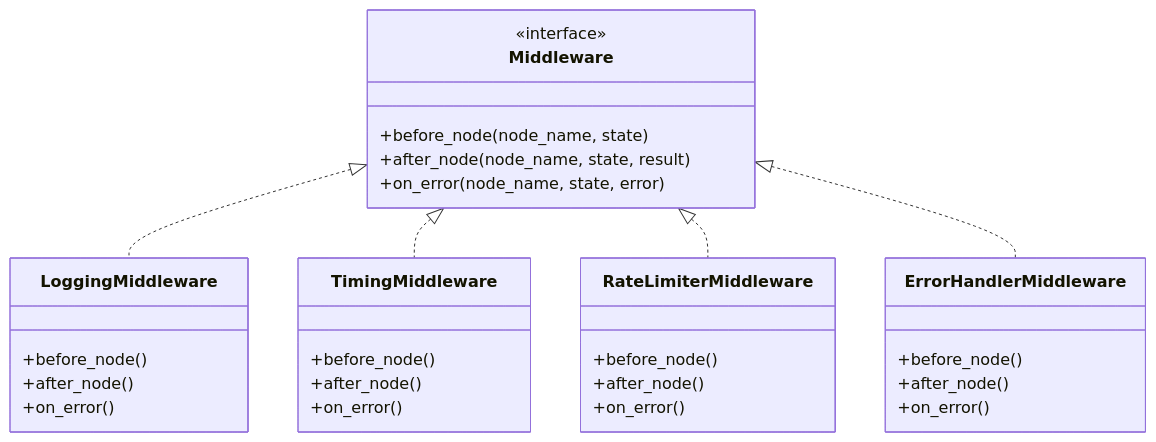
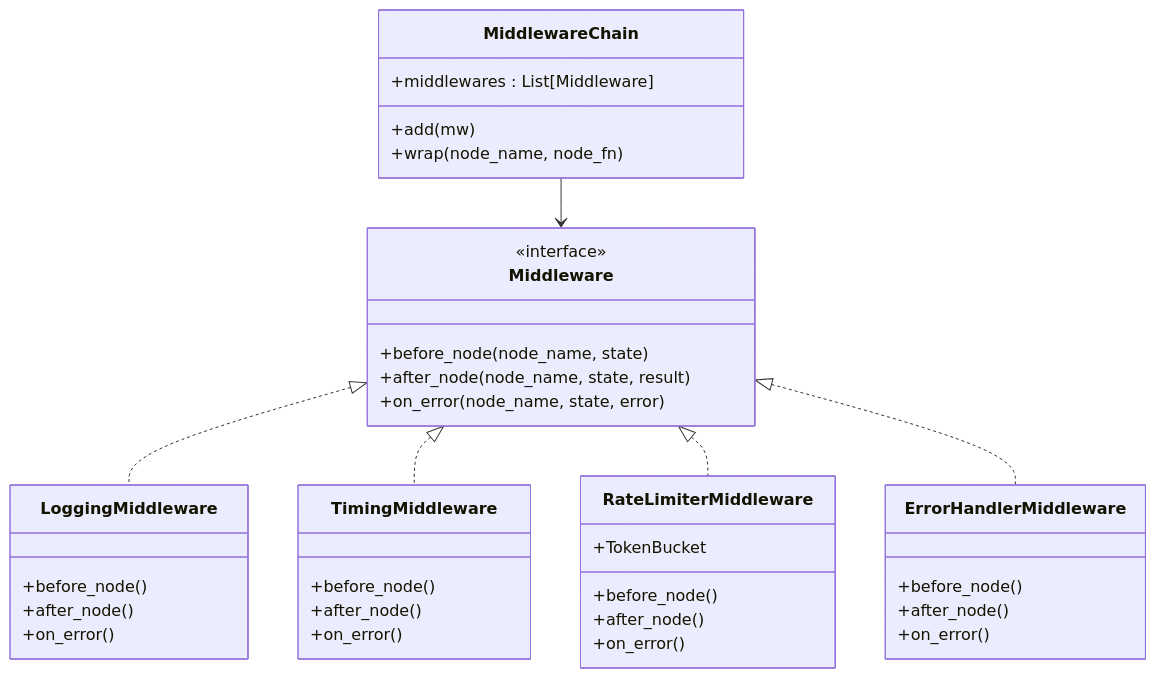
Before and after one commit to Yijtu/multi-agent-customer-service: the fifth of 6 diagrams in .qoder/repowiki/zh/content/部署运维指南/部署运维指南.md, drawn with Mermaid. The commit also changed other lines of this file and 28 other files, not shown here.

````diff
--- a/.qoder/repowiki/zh/content/部署运维指南/部署运维指南.md
+++ b/.qoder/repowiki/zh/content/部署运维指南/部署运维指南.md
@@ -261,33 +291,40 @@
 ```mermaid
 classDiagram
 class Middleware {
 <<interface>>
 +before_node(node_name, state)
 +after_node(node_name, state, result)
 +on_error(node_name, state, error)
+}
+class MiddlewareChain {
++middlewares : List[Middleware]
++add(mw)
++wrap(node_name, node_fn)
 }
 class LoggingMiddleware {
 +before_node()
 +after_node()
 +on_error()
 }
 class TimingMiddleware {
 +before_node()
 +after_node()
 +on_error()
 }
 class RateLimiterMiddleware {
++TokenBucket
 +before_node()
 +after_node()
 +on_error()
 }
 class ErrorHandlerMiddleware {
 +before_node()
 +after_node()
 +on_error()
 }
 Middleware <|.. LoggingMiddleware
 Middleware <|.. TimingMiddleware
 Middleware <|.. RateLimiterMiddleware
 Middleware <|.. ErrorHandlerMiddleware
+MiddlewareChain --> Middleware
 ```
````
